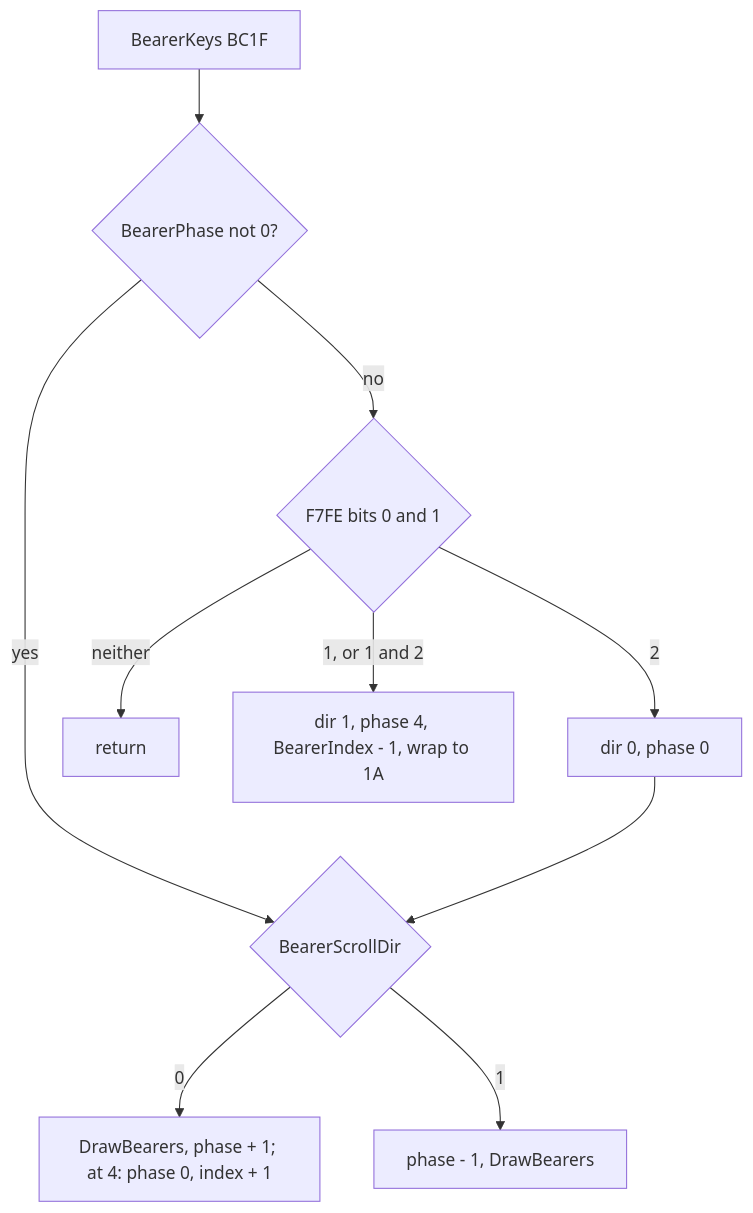
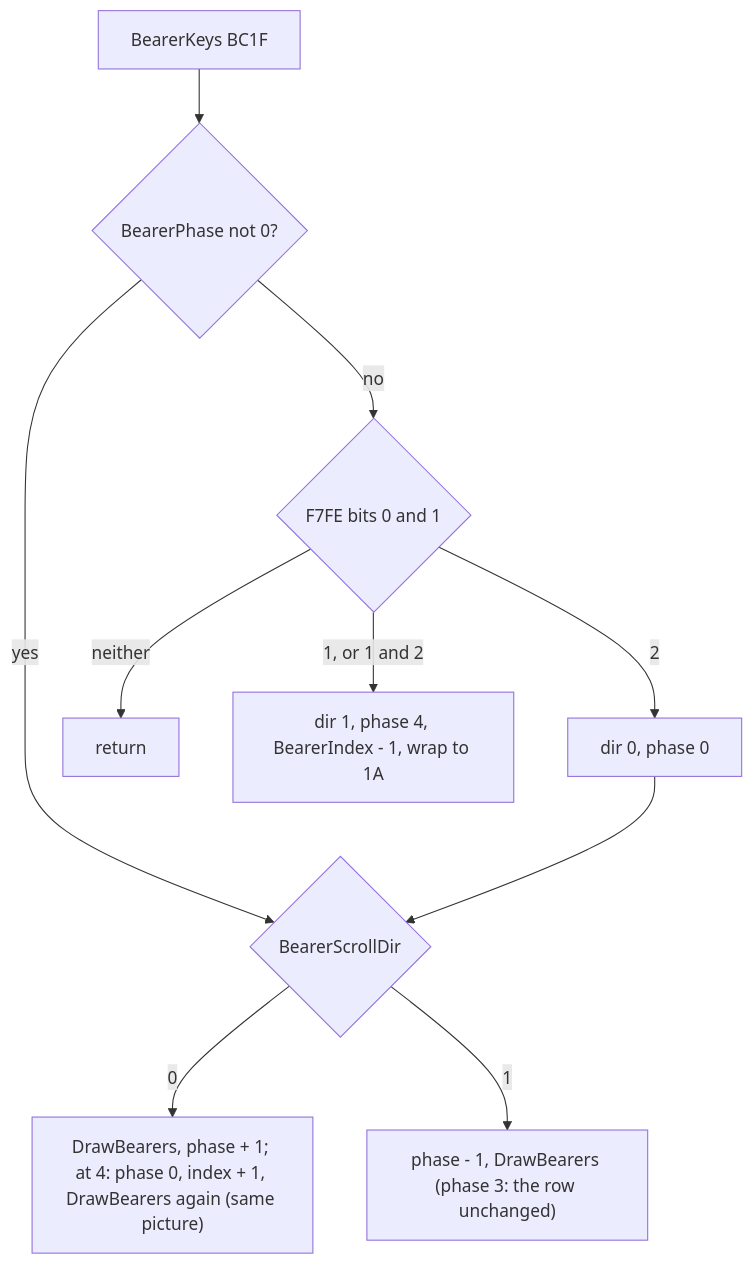
One commit to alfishe/unrealng-reverse-cases changed the ninth of 10 diagrams in games/terramex/docs/05-controls.md. Above: the diagram before and after it, drawn with Mermaid. The commit also changed other lines of this file and 31 other files, not shown here.

````diff
--- a/games/terramex/docs/05-controls.md
+++ b/games/terramex/docs/05-controls.md
@@ -979,12 +994,12 @@
 ```mermaid
 flowchart TD
     A["BearerKeys BC1F"] --> B{"BearerPhase not 0?"}
     B -->|"yes"| S{"BearerScrollDir"}
     B -->|"no"| K{"F7FE bits 0 and 1"}
     K -->|"neither"| X["return"]
     K -->|"1, or 1 and 2"| K1["dir 1, phase 4, BearerIndex - 1, wrap to 1A"]
     K -->|"2"| K2["dir 0, phase 0"]
     K2 --> S
-    S -->|"0"| UP["DrawBearers, phase + 1; at 4: phase 0, index + 1"]
-    S -->|"1"| DN["phase - 1, DrawBearers"]
+    S -->|"0"| UP["DrawBearers, phase + 1; at 4: phase 0, index + 1, DrawBearers again (same picture)"]
+    S -->|"1"| DN["phase - 1, DrawBearers (phase 3: the row unchanged)"]
 ```
````
